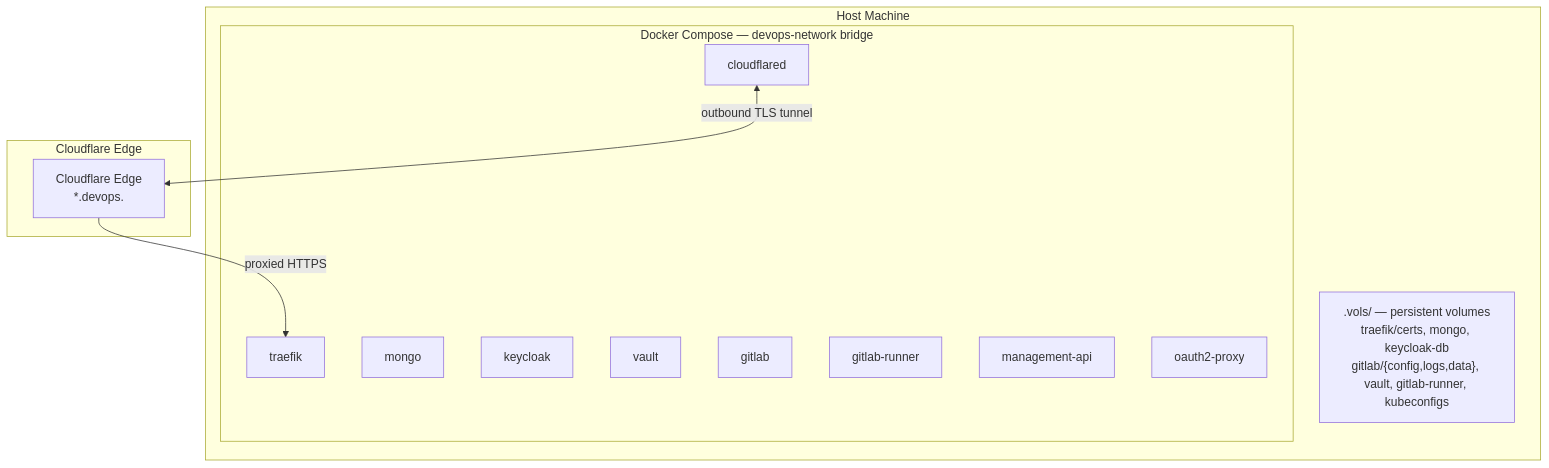
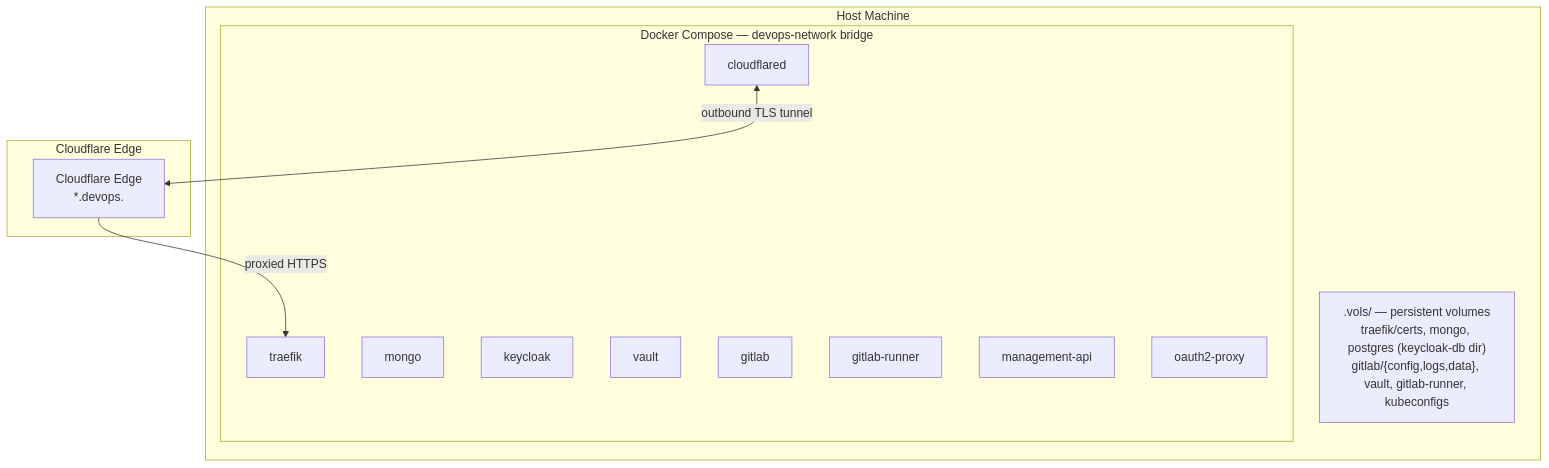
One commit to astarx-studio/devsecops-platform changed the third of 4 diagrams in __DOCS__/99_maintainers/01_architecture.md. Above: the diagram before and after it, drawn with Mermaid. The commit also changed other lines of this file and 45 other files, not shown here.

````diff
--- a/__DOCS__/99_maintainers/01_architecture.md
+++ b/__DOCS__/99_maintainers/01_architecture.md
@@ -182,24 +182,24 @@
 ```mermaid
 graph TB
     subgraph host ["Host Machine"]
         subgraph docker ["Docker Compose — devops-network bridge"]
             traefik
             mongo
             keycloak
             vault
             gitlab
             runner["gitlab-runner"]
             api["management-api"]
             oauth2proxy["oauth2-proxy"]
             cloudflared
         end
-        vols[".vols/ — persistent volumes\ntraefik/certs, mongo, keycloak-db\ngitlab/{config,logs,data}, vault, gitlab-runner, kubeconfigs"]
+        vols[".vols/ — persistent volumes\ntraefik/certs, mongo, postgres (keycloak-db dir)\ngitlab/{config,logs,data}, vault, gitlab-runner, kubeconfigs"]
     end
 
     subgraph cf ["Cloudflare Edge"]
         cfEdge["Cloudflare Edge\n*.devops.<DOMAIN>"]
     end
 
     cloudflared <-->|"outbound TLS tunnel"| cfEdge
     cfEdge -->|"proxied HTTPS"| traefik
 ```
````
